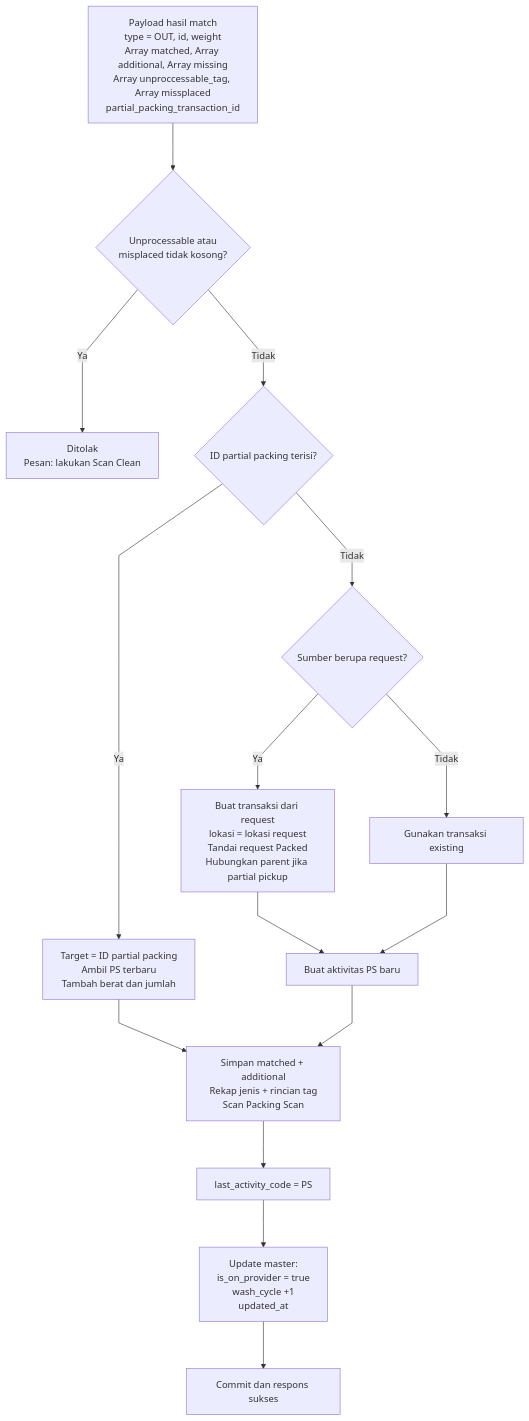
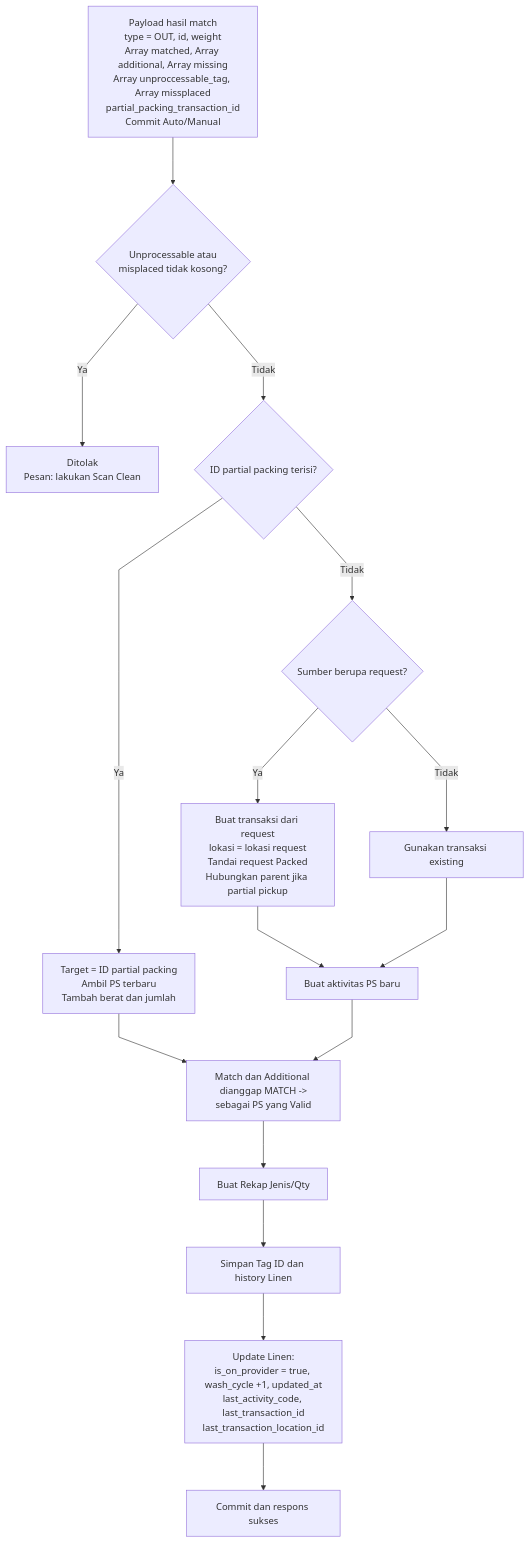
One commit to bagaskrmn/bac-flow-laundry changed the second of 3 diagrams in laundry-activities/packing-scan.md. Above: the diagram before and after it, drawn with Mermaid. The commit also changed other lines of this file, not shown here.

````diff
--- a/laundry-activities/packing-scan.md
+++ b/laundry-activities/packing-scan.md
@@ -46,22 +59,25 @@
 ```mermaid
 %%{init: {'flowchart': {'curve': 'linear', 'nodeSpacing': 60, 'rankSpacing': 80, 'diagramPadding': 24}}}%%
 flowchart TD
-    N_IN["Payload hasil match<br/>type = OUT, id, weight<br/>Array matched, Array additional, Array missing<br/>Array unproccessable_tag, Array missplaced<br/>partial_packing_transaction_id"]
+    N_IN["Payload hasil match<br/>type = OUT, id, weight<br/>Array matched, Array additional, Array missing<br/>Array unproccessable_tag, Array missplaced<br/>partial_packing_transaction_id<br/>Commit Auto/Manual"]
 
     N_IN --> N_BLOCK{"Unprocessable atau<br/>misplaced tidak kosong?"}
     N_BLOCK -->|Ya| N_REJECT["Ditolak<br/>Pesan: lakukan Scan Clean"]
     N_BLOCK -->|Tidak| N_MODE{"ID partial packing terisi?"}
 
     N_MODE -->|Ya| N_PART["Target = ID partial packing<br/>Ambil PS terbaru<br/>Tambah berat dan jumlah"]
     N_MODE -->|Tidak| N_SOURCE{"Sumber berupa request?"}
     N_SOURCE -->|Ya| N_REQ["Buat transaksi dari request<br/>lokasi = lokasi request<br/>Tandai request Packed<br/>Hubungkan parent jika partial pickup"]
     N_SOURCE -->|Tidak| N_NORMAL["Gunakan transaksi existing"]
     N_REQ --> N_CREATE["Buat aktivitas PS baru"]
     N_NORMAL --> N_CREATE
 
-    N_PART --> N_SAVE["Simpan matched + additional<br/>Rekap jenis + rincian tag<br/>Scan Packing Scan"]
+    N_PART --> N_SAVE["Match dan Additional dianggap MATCH -><br/>sebagai PS yang Valid"]
     N_CREATE --> N_SAVE
-    N_SAVE --> N_TRX["last_activity_code = PS"]
-    N_TRX --> N_MASTER["Update master:<br/>is_on_provider = true<br/>wash_cycle +1<br/>updated_at"]
+    N_SAVE --> N_QTY["Buat Rekap Jenis/Qty"]
+    N_QTY --> N_TAG["Simpan Tag ID dan history Linen"]
+    N_TAG --> N_MASTER["Update Linen:<br/>is_on_provider = true, wash_cycle +1, updated_at<br/>last_activity_code, last_transaction_id<br/>last_transaction_location_id"]
     N_MASTER --> N_DONE["Commit dan respons sukses"]
+
+    class N_SAVE,N_SUM, danger
 ```
````
